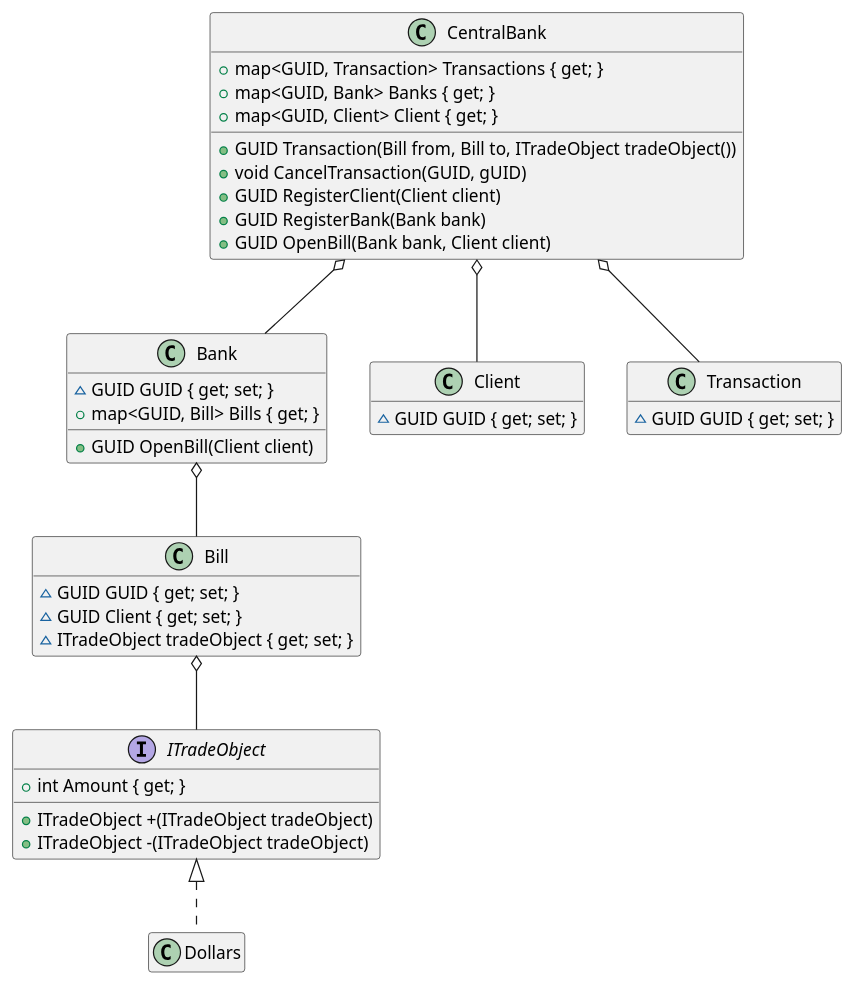
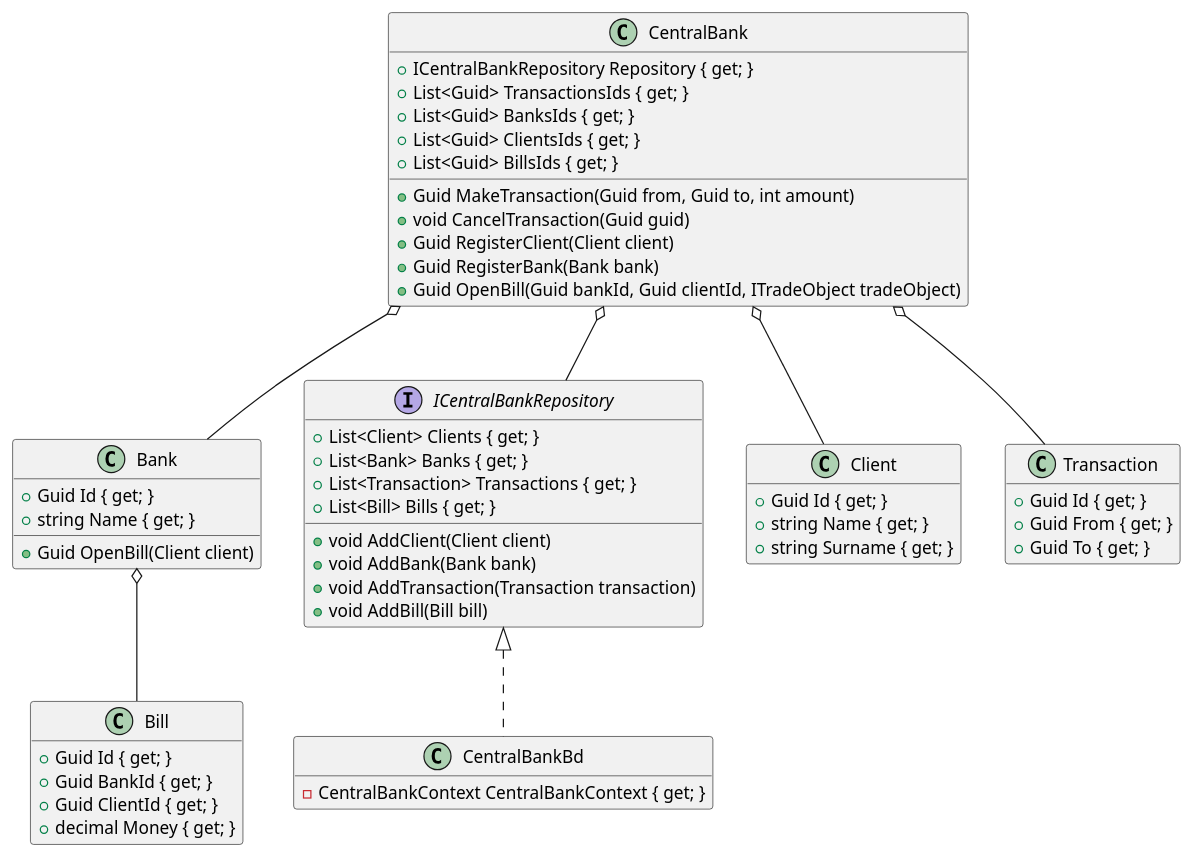
The diagram in Docs/Banks/Classes.puml (Ar4eR-ValerA/OOP.IIIsem), drawn with PlantUML before and after one commit. The commit also changed 11 other files, not shown here.

```diff
--- a/Docs/Banks/Classes.puml
+++ b/Docs/Banks/Classes.puml
@@ -1,55 +1,69 @@
 @startuml
 
 hide empty members
 
 class CentralBank {
-    + map<GUID, Transaction> Transactions { get; }
-    + map<GUID, Bank> Banks { get; }
-    + map<GUID, Client> Client { get; }
+    + ICentralBankRepository Repository { get; }
+    + List<Guid> TransactionsIds { get; }
+    + List<Guid> BanksIds { get; }
+    + List<Guid> ClientsIds { get; }
+    + List<Guid> BillsIds { get; }
 
-    + GUID Transaction(Bill from, Bill to, ITradeObject tradeObject())
-    + void CancelTransaction(GUID, gUID)
-    + GUID RegisterClient(Client client)
-    + GUID RegisterBank(Bank bank)
-    + GUID OpenBill(Bank bank, Client client)
+    + Guid MakeTransaction(Guid from, Guid to, int amount)
+    + void CancelTransaction(Guid guid)
+    + Guid RegisterClient(Client client)
+    + Guid RegisterBank(Bank bank)
+    + Guid OpenBill(Guid bankId, Guid clientId, ITradeObject tradeObject)
 }
 
 class Bank {
-    ~ GUID GUID { get; set; }
-    + map<GUID, Bill> Bills { get; }
-    + GUID OpenBill(Client client)
+    + Guid Id { get; }
+    + string Name { get; }
+    + Guid OpenBill(Client client)
 }
 
 class Bill {
-    ~ GUID GUID { get; set; }
-    ~ GUID Client { get; set; }
-    ~ ITradeObject tradeObject { get; set; }
+    + Guid Id { get; }
+    + Guid BankId { get; }
+    + Guid ClientId { get; }
+    + decimal Money { get; }
 }
 
-interface ITradeObject {
-    + int Amount { get; }
+interface ICentralBankRepository {
+    + List<Client> Clients { get; }
+    + List<Bank> Banks { get; }
+    + List<Transaction> Transactions { get; }
+    + List<Bill> Bills { get; }
 
-    + ITradeObject +(ITradeObject tradeObject)
-    + ITradeObject -(ITradeObject tradeObject)
+    + void AddClient(Client client)
+    + void AddBank(Bank bank)
+    + void AddTransaction(Transaction transaction)
+    + void AddBill(Bill bill)
 }
 
-class Dollars implements ITradeObject {
+class CentralBankBd implements ICentralBankRepository {
+    - CentralBankContext CentralBankContext { get; }
 }
 
 class Client {
-    ~ GUID GUID { get; set; }
+    + Guid Id { get; }
+    + string Name { get; }
+    + string Surname { get; }
 }
 
 class Transaction {
-    ~ GUID GUID { get; set; }
+    + Guid Id { get; }
+    + Guid From { get; }
+    + Guid To { get; }
 }
 
 CentralBank o-- Bank
 Bank o-- Bill
-Bill o-- ITradeObject
 
 CentralBank o-- Client
 
 CentralBank o-- Transaction
 
+CentralBank o-- ICentralBankRepository
+
 @enduml
```
